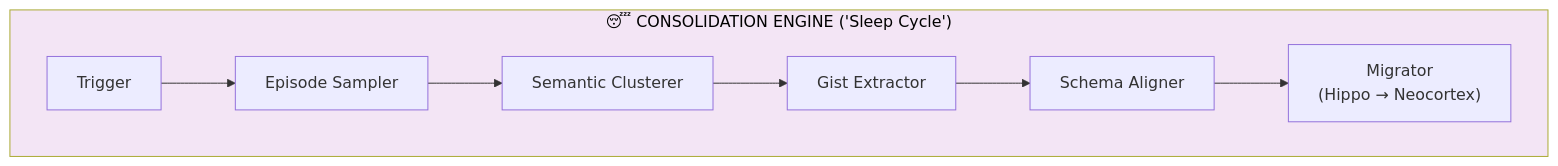
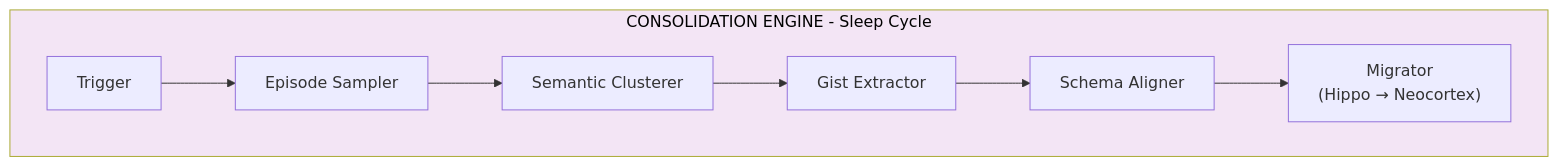
One commit to avinash-mall/CognitiveMemoryLayer changed the eighth of 9 diagrams in README.md. Above: the diagram before and after it, drawn with Mermaid. The commit also changed other lines of this file and 2 other files, not shown here.

````diff
--- a/README.md
+++ b/README.md
@@ -349,11 +345,11 @@
 ```mermaid
 flowchart TB
-    subgraph Consol["😴 CONSOLIDATION ENGINE ('Sleep Cycle')"]
+    subgraph Consol["CONSOLIDATION ENGINE - Sleep Cycle"]
         trigger["Trigger"] --> sampler["Episode Sampler"]
         sampler --> cluster["Semantic Clusterer"]
         cluster --> gist["Gist Extractor"]
         gist --> schema["Schema Aligner"]
         schema --> migrator["Migrator<br/>(Hippo → Neocortex)"]
     end
     style Consol fill:#f3e5f5,color:#000
 ```
````
